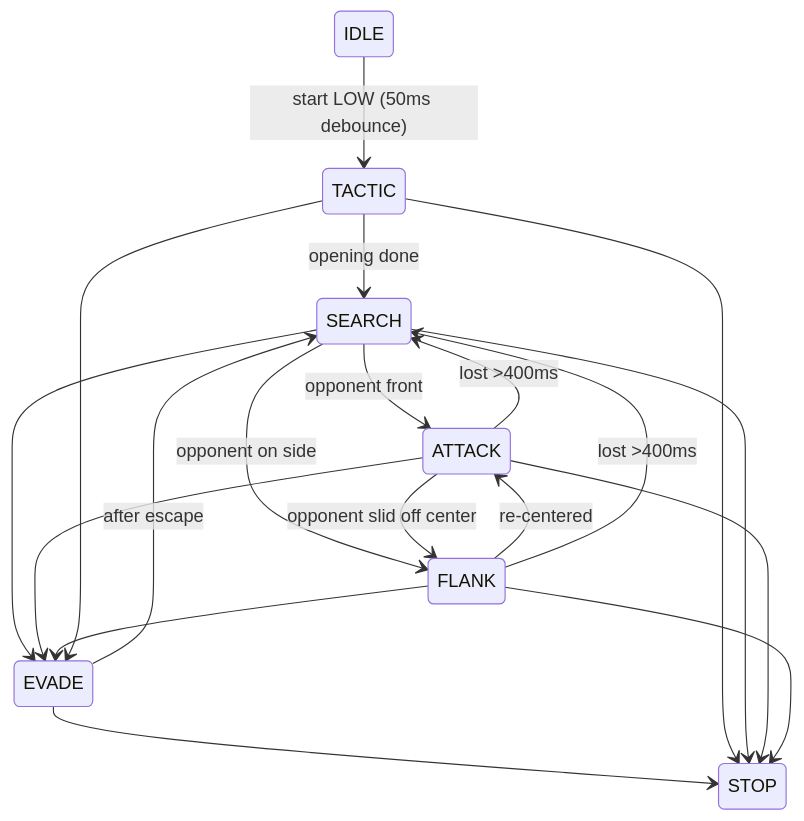
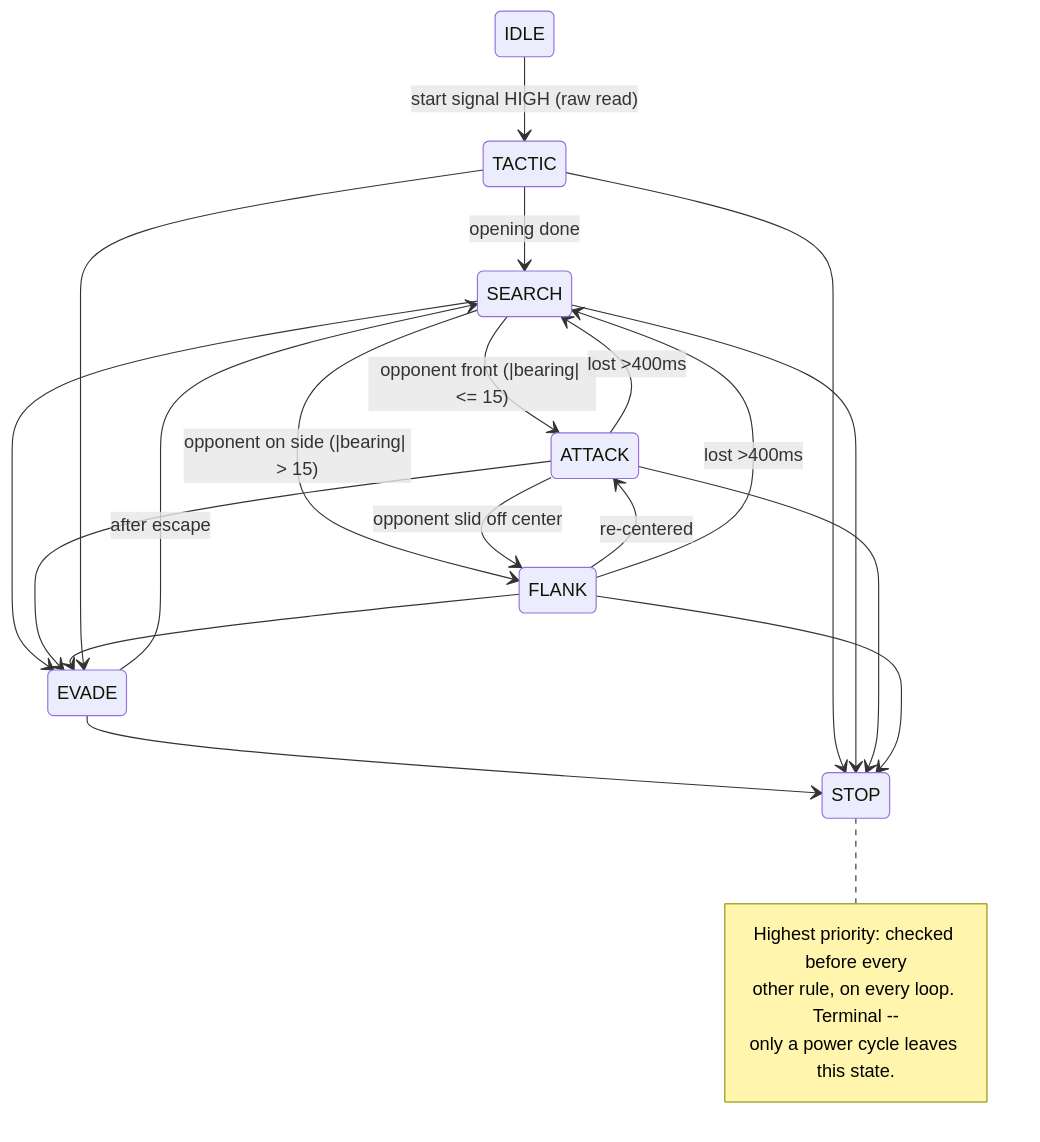
Before and after one commit to sabinM1/TAXI: the diagram in TAXI_Firmware/diagram.mmd, drawn with Mermaid. The commit also changed 8 other files, not shown here.

```diff
--- a/TAXI_Firmware/diagram.mmd
+++ b/TAXI_Firmware/diagram.mmd
@@ -1,19 +1,24 @@
 stateDiagram-v2
-  IDLE --> TACTIC: start LOW (50ms debounce)
+  IDLE --> TACTIC: start signal HIGH (raw read)
   TACTIC --> SEARCH: opening done
-  SEARCH --> ATTACK: opponent front
-  SEARCH --> FLANK: opponent on side
+  SEARCH --> ATTACK: opponent front (|bearing| <= 15)
+  SEARCH --> FLANK: opponent on side (|bearing| > 15)
   ATTACK --> FLANK: opponent slid off center
   FLANK --> ATTACK: re-centered
   ATTACK --> SEARCH: lost >400ms
   FLANK --> SEARCH: lost >400ms
   EVADE --> SEARCH: after escape
   SEARCH --> EVADE
   ATTACK --> EVADE
   FLANK --> EVADE
   TACTIC --> EVADE
   EVADE --> STOP
   TACTIC --> STOP
   SEARCH --> STOP
   ATTACK --> STOP
   FLANK --> STOP
+  note right of STOP
+    Highest priority: checked before every
+    other rule, on every loop. Terminal --
+    only a power cycle leaves this state.
+  end note
```
